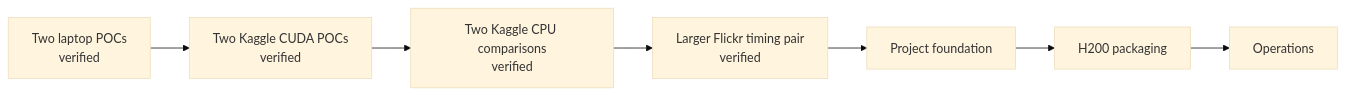
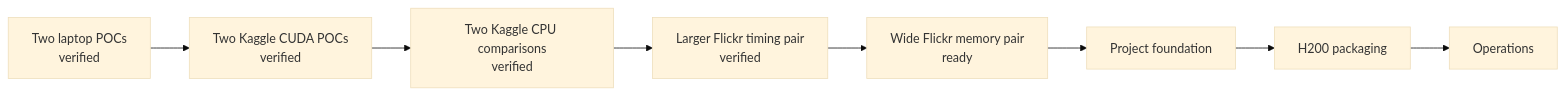
One commit to gh-andirdju/ml changed the diagram in docs/05-plan/phases.md. Above: the diagram before and after it, drawn with Mermaid (base theme). The commit also changed other lines of this file and 18 other files, not shown here.

Commit message:
Add high-memory Flickr Kaggle benchmark

````diff
--- a/docs/05-plan/phases.md
+++ b/docs/05-plan/phases.md
@@ -7,9 +8,10 @@
 ```mermaid
 flowchart LR
     local[Two laptop POCs<br/>verified] --> kaggle[Two Kaggle CUDA POCs<br/>verified]
     kaggle --> cpu[Two Kaggle CPU comparisons<br/>verified]
     cpu --> larger[Larger Flickr timing pair<br/>verified]
-    larger --> foundation[Project foundation]
+    larger --> memory[Wide Flickr memory pair<br/>ready]
+    memory --> foundation[Project foundation]
     foundation --> cluster[H200 packaging]
     cluster --> operations[Operations]
 ```
````
